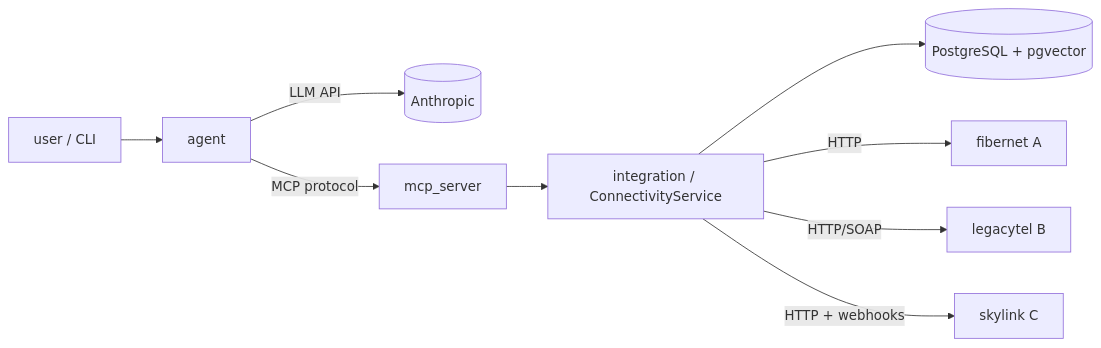
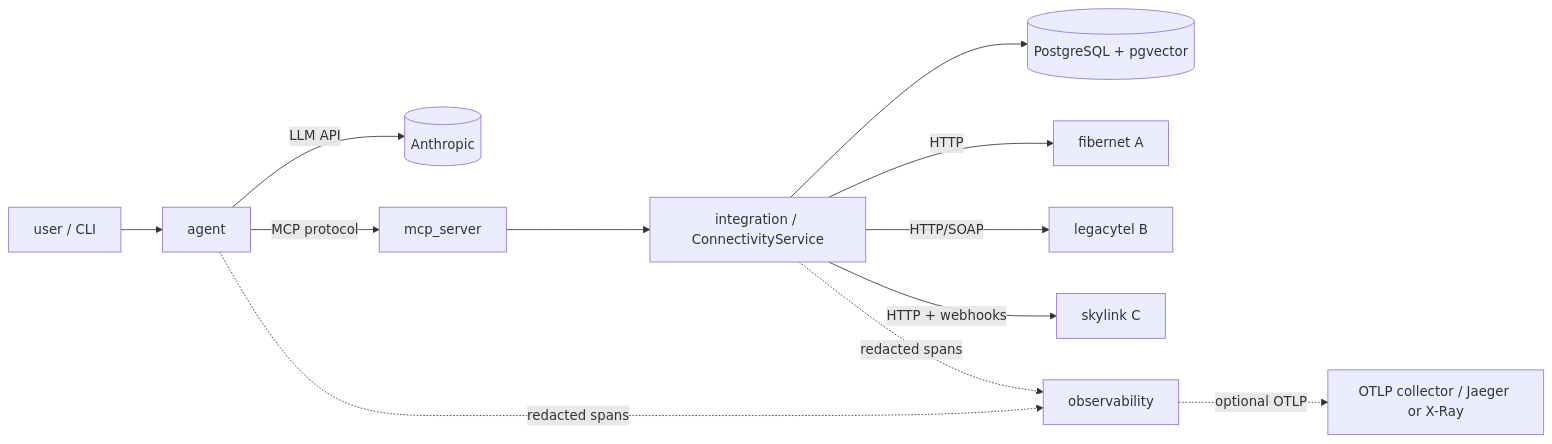
The diagram in README.md (josemontesinos/aintegrator), drawn with Mermaid before and after one commit. The commit also changed other lines of this file and 66 other files, not shown here.

````diff
--- a/README.md
+++ b/README.md
@@ -28,11 +28,14 @@
 ```mermaid
 flowchart LR
     CLI[user / CLI] --> Agent[agent]
     Agent -->|LLM API| LLM[(Anthropic)]
     Agent -->|MCP protocol| MCP[mcp_server]
     MCP --> Integration[integration / ConnectivityService]
     Integration --> DB[(PostgreSQL + pgvector)]
     Integration -->|HTTP| A[fibernet A]
     Integration -->|HTTP/SOAP| B[legacytel B]
     Integration -->|HTTP + webhooks| C[skylink C]
+    Agent -.->|redacted spans| Obs[observability]
+    Integration -.->|redacted spans| Obs
+    Obs -.->|optional OTLP| Collector[OTLP collector / Jaeger or X-Ray]
 ```
````
